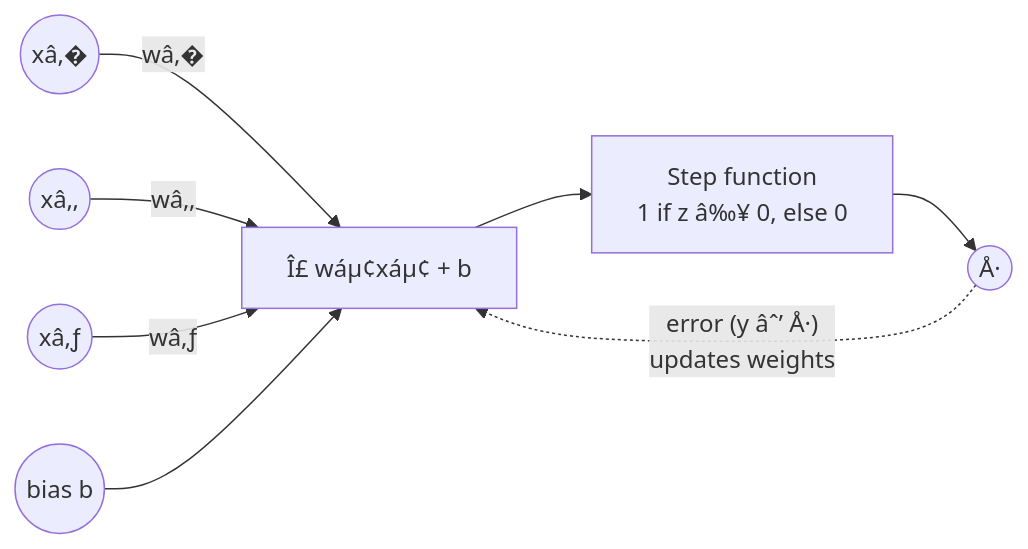
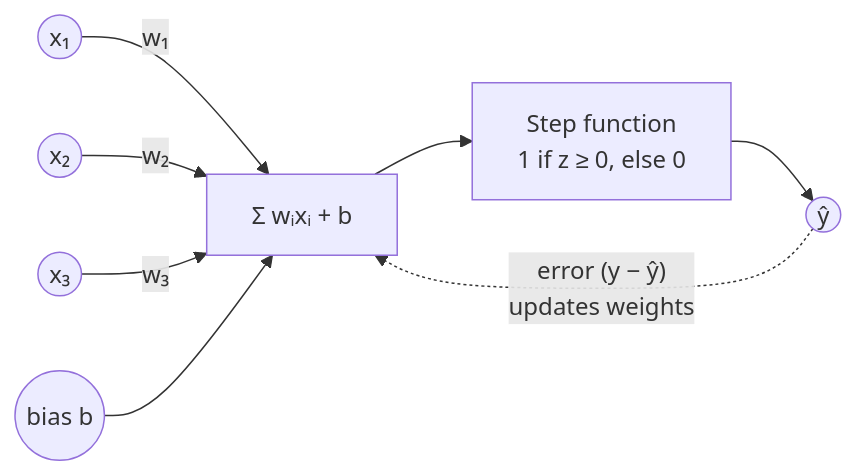
One commit to cyourth/neural-network-lineage changed the fourth of 15 diagrams in README.md. Above: the diagram before and after it, drawn with Mermaid. The commit also changed other lines of this file, not shown here.

````diff
--- a/README.md
+++ b/README.md
@@ -266,10 +266,10 @@
 ```mermaid
 flowchart LR
-    x1(("xâ‚�")) -->|"wâ‚�"| S
-    x2(("xâ‚‚")) -->|"wâ‚‚"| S
-    x3(("xâ‚ƒ")) -->|"wâ‚ƒ"| S
+    x1(("x₁")) -->|"w₁"| S
+    x2(("x₂")) -->|"w₂"| S
+    x3(("x₃")) -->|"w₃"| S
     b(("bias b")) --> S
-    S["Î£ wáµ¢xáµ¢ + b"] --> STEP["Step function<br/>1 if z â‰¥ 0, else 0"]
-    STEP --> Y(("Å·"))
-    Y -.->|"error (y âˆ’ Å·)<br/>updates weights"| S
+    S["Σ wᵢxᵢ + b"] --> STEP["Step function<br/>1 if z ≥ 0, else 0"]
+    STEP --> Y(("ŷ"))
+    Y -.->|"error (y − ŷ)<br/>updates weights"| S
 ```
````
